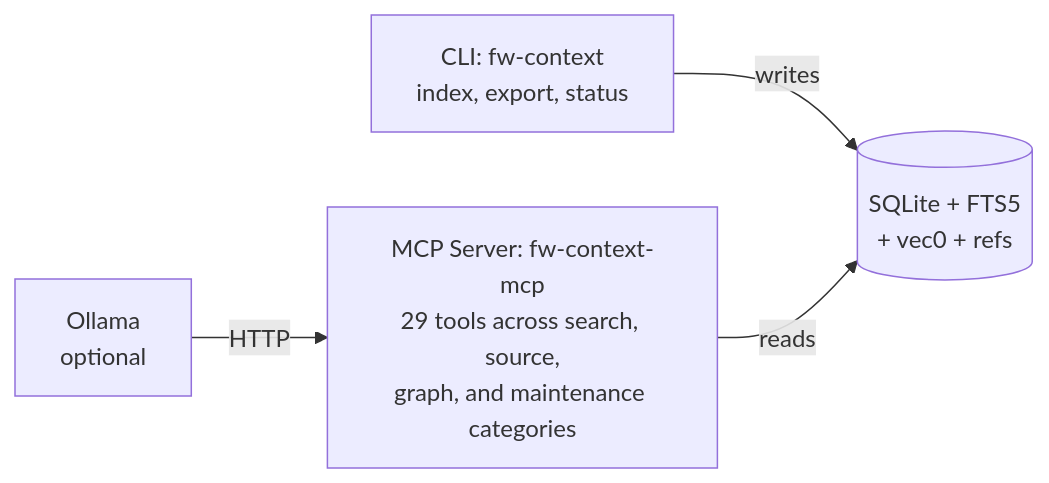
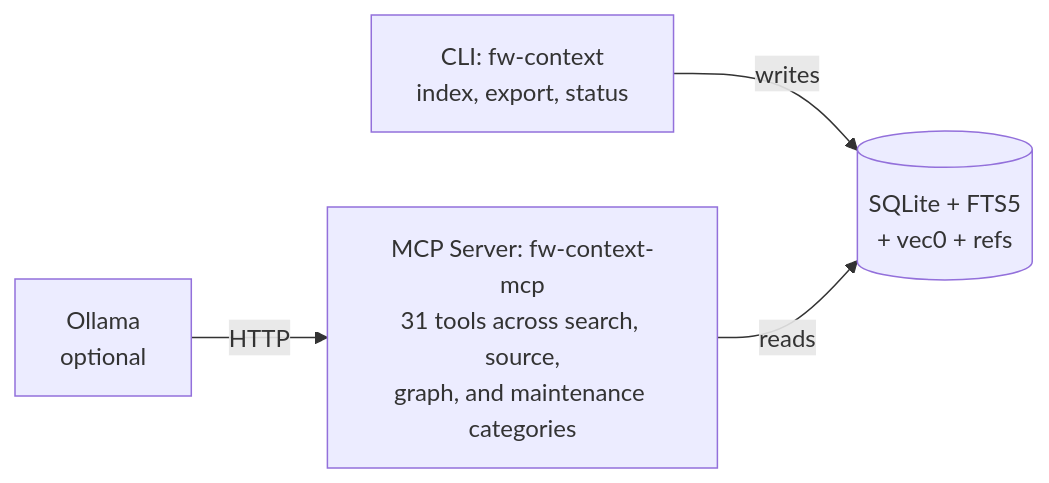
The second of 2 diagrams in docs/README.md (turbyho/fw-context-mcp), drawn with Mermaid before and after one commit. The commit also changed other lines of this file and 15 other files, not shown here.

````diff
--- a/docs/README.md
+++ b/docs/README.md
@@ -178,11 +178,11 @@
 ```mermaid
 graph LR
     cli[CLI: fw-context<br/>index, export, status]
-    server[MCP Server: fw-context-mcp<br/>29 tools across search, source,<br/>graph, and maintenance categories]
+    server[MCP Server: fw-context-mcp<br/>31 tools across search, source,<br/>graph, and maintenance categories]
     ollama[Ollama<br/>optional]
     db[(SQLite + FTS5<br/>+ vec0 + refs)]
 
     cli -->|writes| db
     server -->|reads| db
     ollama -->|HTTP| server
 ```
````
